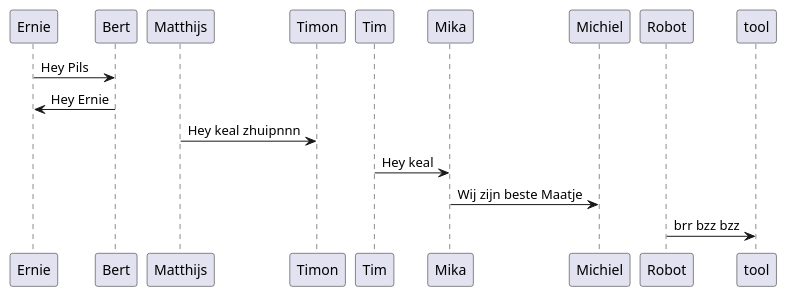
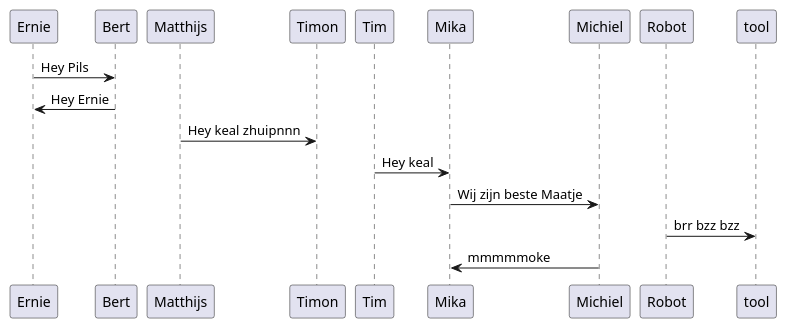
The diagram in src/Introduction.md (Timon14kraan/Project-Proces-and-Safety), drawn with PlantUML before and after one commit. The commit also changed 2 other files, not shown here.

````diff
--- a/src/Introduction.md
+++ b/src/Introduction.md
@@ -3,16 +3,17 @@
 ```plantuml
 @startuml bert_and_ernie
 
 
 Ernie->Bert : Hey Pils
 Bert->Ernie : Hey Ernie
 
 Matthijs->Timon : Hey keal zhuipnnn
 Tim->Mika : Hey keal
 Mika-> Michiel :  Wij zijn beste Maatje
 Robot -> tool: brr bzz bzz
+Michiel -> Mika : mmmmmoke
 
 
 
 @enduml
 ```
````
